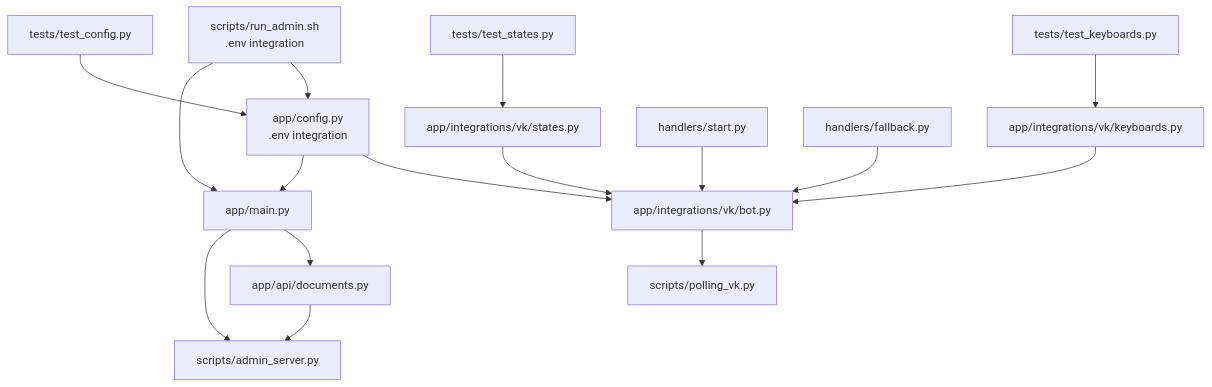
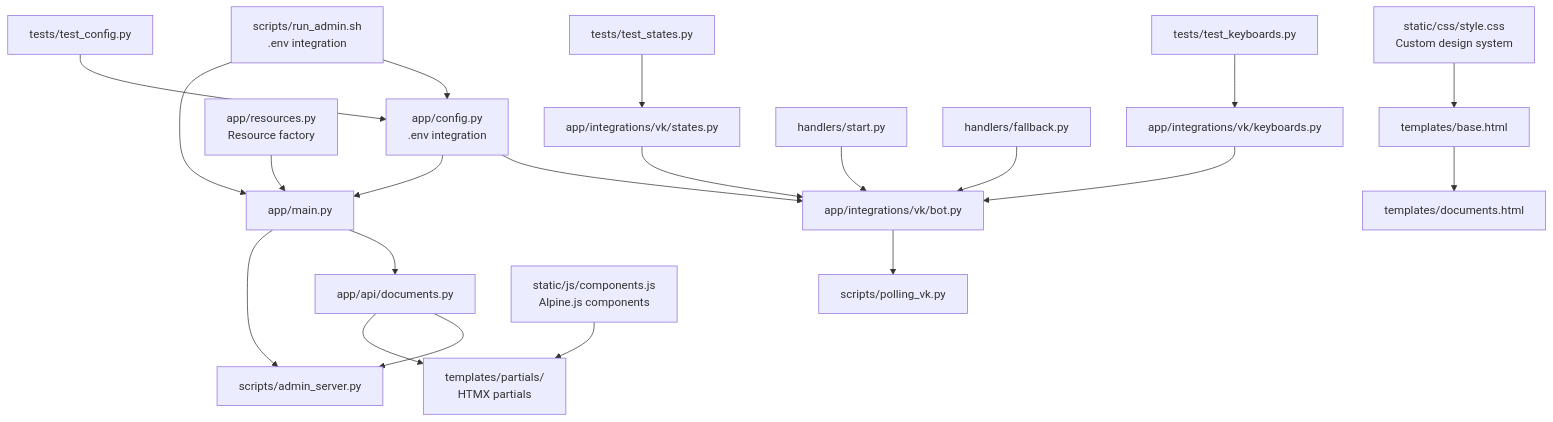
One commit to ognelis/cafetera_hr_bot changed the seventh of 7 diagrams in .qoder/repowiki/en/content/Development Workflow/Development Workflow.md. Above: the diagram before and after it, drawn with Mermaid. The commit also changed other lines of this file and 25 other files, not shown here.

````diff
--- a/.qoder/repowiki/en/content/Development Workflow/Development Workflow.md
+++ b/.qoder/repowiki/en/content/Development Workflow/Development Workflow.md
@@ -452,18 +572,23 @@
 ```mermaid
 graph TD
 CFG["app/config.py<br/>.env integration"] --> BOT["app/integrations/vk/bot.py"]
 CFG --> MAIN["app/main.py"]
+RES["app/resources.py<br/>Resource factory"] --> MAIN
 RUNADMIN["scripts/run_admin.sh<br/>.env integration"] --> CFG
 RUNADMIN --> MAIN
 MAIN --> DOCSAPI["app/api/documents.py"]
 KEY["app/integrations/vk/keyboards.py"] --> BOT
 STAT["app/integrations/vk/states.py"] --> BOT
 START["handlers/start.py"] --> BOT
 FALL["handlers/fallback.py"] --> BOT
 BOT --> POLL["scripts/polling_vk.py"]
 MAIN --> ADMINSRV["scripts/admin_server.py"]
 DOCSAPI --> ADMINSRV
+DOCSAPI --> PARTIAL["templates/partials/<br/>HTMX partials"]
+COMPONENTS["static/js/components.js<br/>Alpine.js components"] --> PARTIAL
+STYLE["static/css/style.css<br/>Custom design system"] --> BASE["templates/base.html"]
+BASE --> DOCS["templates/documents.html"]
 TCFG["tests/test_config.py"] --> CFG
 TKEY["tests/test_keyboards.py"] --> KEY
 TSTAT["tests/test_states.py"] --> STAT
 ```
````
